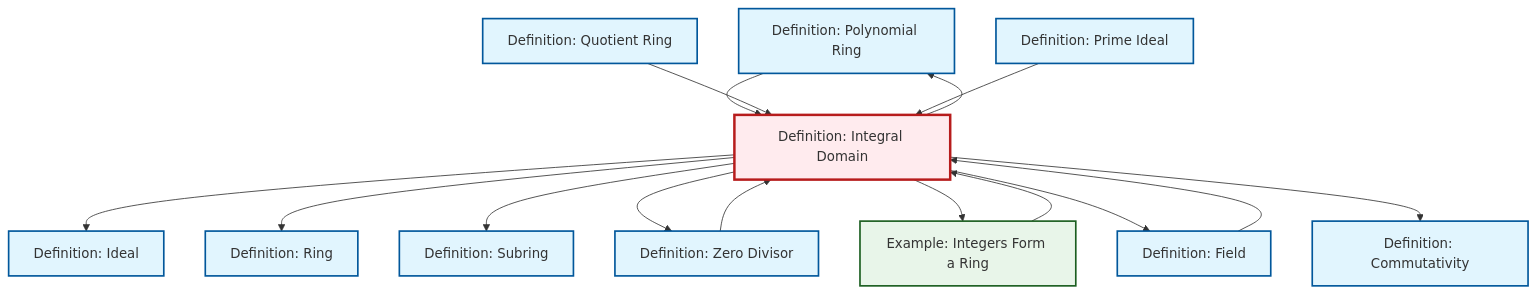
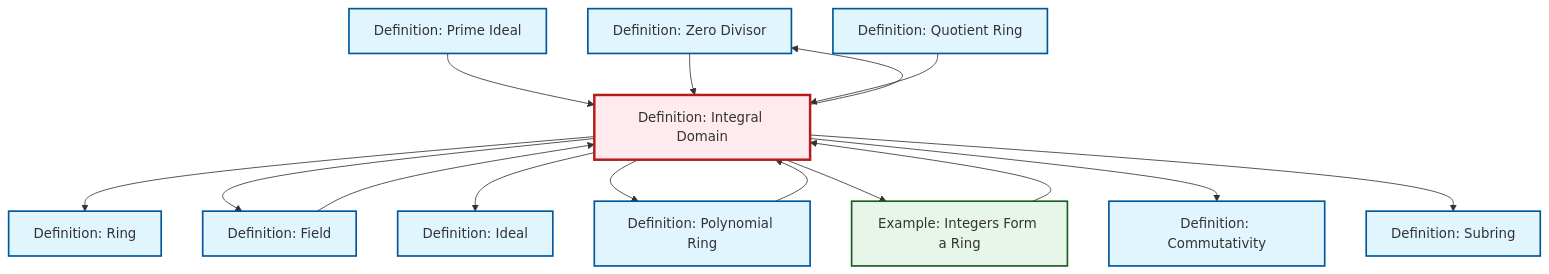
One commit to RK0429/ModernMath changed the diagram in content/en/algebra/def-integral-domain.qmd. Above: the diagram before and after it, drawn with Mermaid. The commit also changed other lines of this file and 1069 other files, not shown here.

````diff
--- a/content/en/algebra/def-integral-domain.qmd
+++ b/content/en/algebra/def-integral-domain.qmd
@@ -95,45 +95,45 @@
 ```{mermaid}
 %%| fig-cap: "Local dependency graph"
 graph TD
     classDef definition fill:#e1f5fe,stroke:#01579b,stroke-width:2px
     classDef theorem fill:#f3e5f5,stroke:#4a148c,stroke-width:2px
     classDef axiom fill:#fff3e0,stroke:#e65100,stroke-width:2px
     classDef example fill:#e8f5e9,stroke:#1b5e20,stroke-width:2px
     classDef current fill:#ffebee,stroke:#b71c1c,stroke-width:3px
+    def-zero-divisor["Definition: Zero Divisor"]:::definition
+    ex-integers-ring["Example: Integers Form a Ring"]:::example
+    def-prime-ideal["Definition: Prime Ideal"]:::definition
+    def-ideal["Definition: Ideal"]:::definition
     def-polynomial-ring["Definition: Polynomial Ring"]:::definition
+    def-commutativity["Definition: Commutativity"]:::definition
+    def-field["Definition: Field"]:::definition
     def-quotient-ring["Definition: Quotient Ring"]:::definition
-    def-field["Definition: Field"]:::definition
-    def-prime-ideal["Definition: Prime Ideal"]:::definition
+    def-integral-domain["Definition: Integral Domain"]:::definition
     def-ring["Definition: Ring"]:::definition
-    def-ideal["Definition: Ideal"]:::definition
-    def-zero-divisor["Definition: Zero Divisor"]:::definition
-    def-integral-domain["Definition: Integral Domain"]:::definition
     def-subring["Definition: Subring"]:::definition
-    def-commutativity["Definition: Commutativity"]:::definition
-    ex-integers-ring["Example: Integers Form a Ring"]:::example
+    def-field --> def-integral-domain
+    def-prime-ideal --> def-integral-domain
+    def-integral-domain --> def-ring
+    def-integral-domain --> def-zero-divisor
+    def-integral-domain --> def-field
+    def-polynomial-ring --> def-integral-domain
     def-integral-domain --> def-ideal
-    def-integral-domain --> def-ring
-    def-polynomial-ring --> def-integral-domain
-    def-quotient-ring --> def-integral-domain
-    def-integral-domain --> def-subring
-    def-zero-divisor --> def-integral-domain
-    def-integral-domain --> def-zero-divisor
     def-integral-domain --> def-polynomial-ring
     def-integral-domain --> ex-integers-ring
-    def-field --> def-integral-domain
+    def-zero-divisor --> def-integral-domain
     ex-integers-ring --> def-integral-domain
-    def-integral-domain --> def-field
-    def-prime-ideal --> def-integral-domain
+    def-quotient-ring --> def-integral-domain
     def-integral-domain --> def-commutativity
+    def-integral-domain --> def-subring
     class def-integral-domain current
+    click def-zero-divisor "def-zero-divisor.html" "Go to Zero Divisor definition"
+    click ex-integers-ring "ex-integers-ring.html" "Go to Integers Form a Ring example"
+    click def-prime-ideal "def-prime-ideal.html" "Go to Prime Ideal definition"
+    click def-ideal "def-ideal.html" "Go to Ideal definition"
     click def-polynomial-ring "def-polynomial-ring.html" "Go to Polynomial Ring definition"
+    click def-commutativity "def-commutativity.html" "Go to Commutativity definition"
+    click def-field "def-field.html" "Go to Field definition"
     click def-quotient-ring "def-quotient-ring.html" "Go to Quotient Ring definition"
-    click def-field "def-field.html" "Go to Field definition"
-    click def-prime-ideal "def-prime-ideal.html" "Go to Prime Ideal definition"
     click def-ring "def-ring.html" "Go to Ring definition"
-    click def-ideal "def-ideal.html" "Go to Ideal definition"
-    click def-zero-divisor "def-zero-divisor.html" "Go to Zero Divisor definition"
     click def-subring "def-subring.html" "Go to Subring definition"
-    click def-commutativity "def-commutativity.html" "Go to Commutativity definition"
-    click ex-integers-ring "ex-integers-ring.html" "Go to Integers Form a Ring example"
 ```
````
